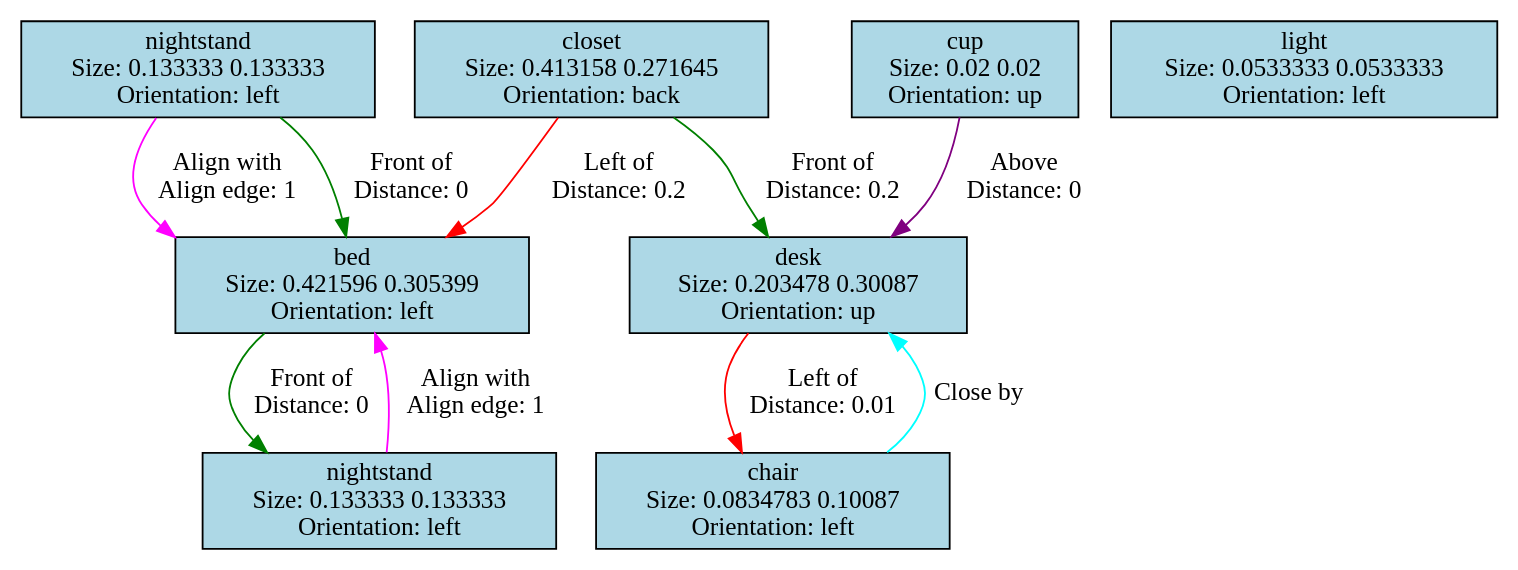
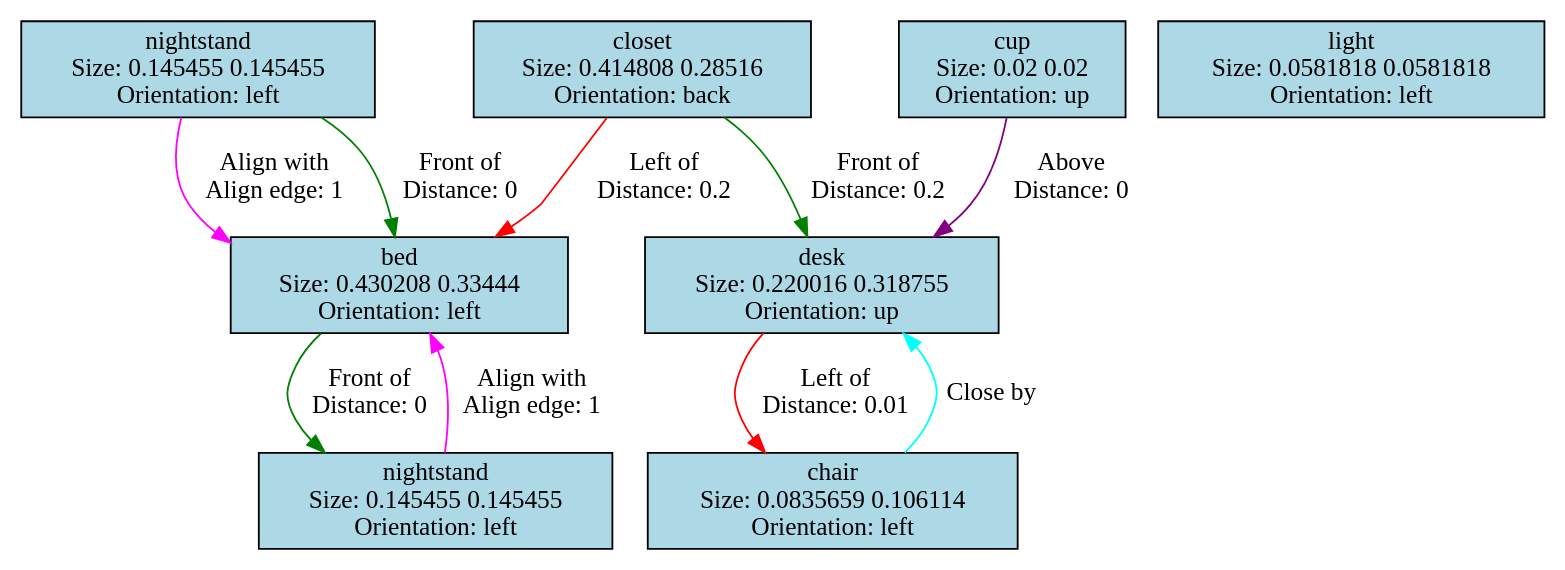
One commit to iambrc/AutoHomePlan changed the diagram in Assets/SceneGraph/graph_out.dot. Above: the diagram before and after it, drawn with Graphviz. The commit also changed 3 other files, not shown here.

```diff
--- a/Assets/SceneGraph/graph_out.dot
+++ b/Assets/SceneGraph/graph_out.dot
@@ -1,19 +1,19 @@
 digraph G {
-0[label="bed\nSize: 0.421596 0.305399\nOrientation: left", shape=rect, style=filled, fillcolor="lightblue", width=0.421596, height=0.305399];
-1[label="nightstand\nSize: 0.133333 0.133333\nOrientation: left", shape=rect, style=filled, fillcolor="lightblue", width=0.133333, height=0.133333];
-2[label="nightstand\nSize: 0.133333 0.133333\nOrientation: left", shape=rect, style=filled, fillcolor="lightblue", width=0.133333, height=0.133333];
-3[label="closet\nSize: 0.413158 0.271645\nOrientation: back", shape=rect, style=filled, fillcolor="lightblue", width=0.413158, height=0.271645];
-4[label="desk\nSize: 0.203478 0.30087\nOrientation: up", shape=rect, style=filled, fillcolor="lightblue", width=0.203478, height=0.30087];
-5[label="chair\nSize: 0.0834783 0.10087\nOrientation: left", shape=rect, style=filled, fillcolor="lightblue", width=0.0834783, height=0.10087];
-6[label="light\nSize: 0.0533333 0.0533333\nOrientation: left", shape=rect, style=filled, fillcolor="lightblue", width=0.0533333, height=0.0533333];
+0[label="bed\nSize: 0.430208 0.33444\nOrientation: left", shape=rect, style=filled, fillcolor="lightblue", width=0.430208, height=0.33444];
+1[label="nightstand\nSize: 0.145455 0.145455\nOrientation: left", shape=rect, style=filled, fillcolor="lightblue", width=0.145455, height=0.145455];
+2[label="nightstand\nSize: 0.145455 0.145455\nOrientation: left", shape=rect, style=filled, fillcolor="lightblue", width=0.145455, height=0.145455];
+3[label="closet\nSize: 0.414808 0.28516\nOrientation: back", shape=rect, style=filled, fillcolor="lightblue", width=0.414808, height=0.28516];
+4[label="desk\nSize: 0.220016 0.318755\nOrientation: up", shape=rect, style=filled, fillcolor="lightblue", width=0.220016, height=0.318755];
+5[label="chair\nSize: 0.0835659 0.106114\nOrientation: left", shape=rect, style=filled, fillcolor="lightblue", width=0.0835659, height=0.106114];
+6[label="light\nSize: 0.0581818 0.0581818\nOrientation: left", shape=rect, style=filled, fillcolor="lightblue", width=0.0581818, height=0.0581818];
 7[label="cup\nSize: 0.02 0.02\nOrientation: up", shape=rect, style=filled, fillcolor="lightblue", width=0.02, height=0.02];
 0->2 [label="Front of\nDistance: 0\n", color="green"];
 1->0 [label="Align with\nAlign edge: 1\n", color="magenta"];
 1->0 [label="Front of\nDistance: 0\n", color="green"];
 2->0 [label="Align with\nAlign edge: 1\n", color="magenta"];
 3->0 [label="Left of\nDistance: 0.2\n", color="red"];
 3->4 [label="Front of\nDistance: 0.2\n", color="green"];
 4->5 [label="Left of\nDistance: 0.01\n", color="red"];
 5->4 [label="Close by\n", color="cyan"];
 7->4 [label="Above\nDistance: 0\n", color="purple"];
 }
```
